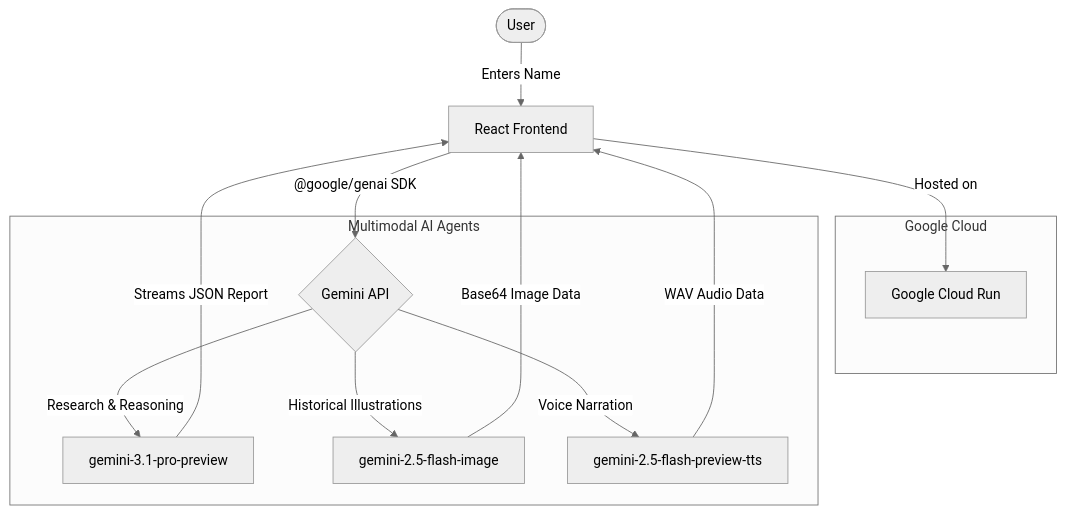
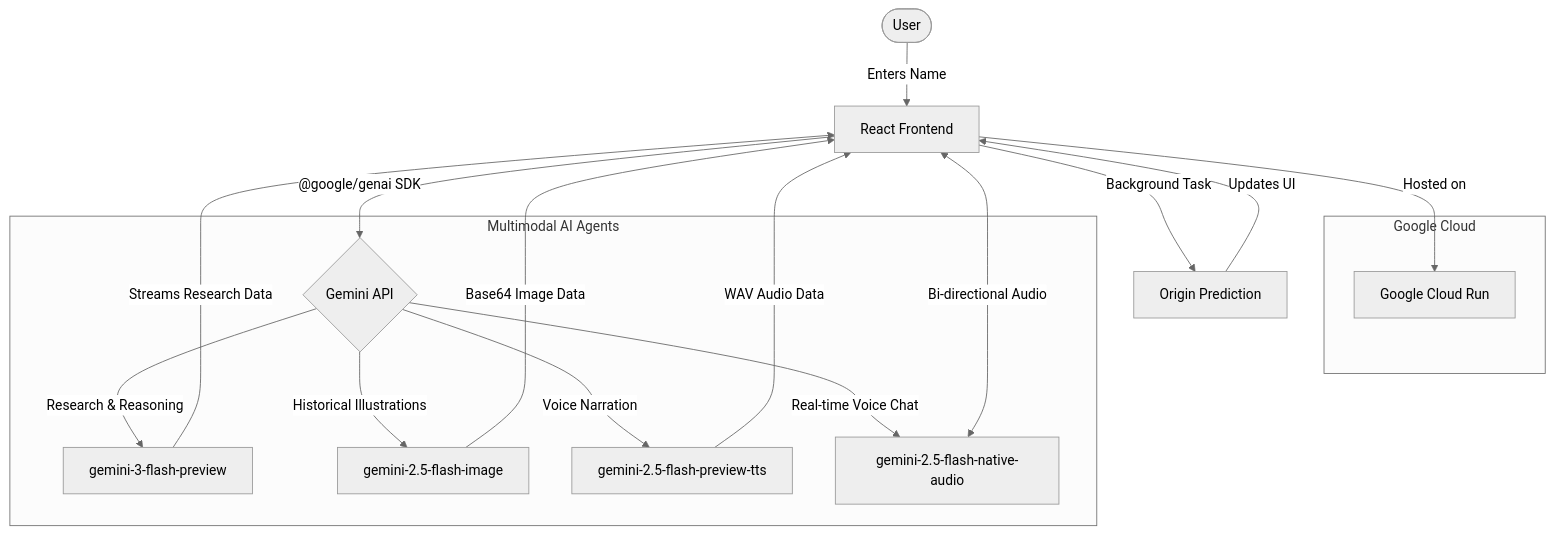
Before and after one commit to mwasthetic-sys/Onomastica-Research-Lab: the diagram in README.md, drawn with Mermaid (neutral theme). The commit also changed other lines of this file and 2 other files, not shown here.

Commit message:
feat: Update AI models and add deployment config
Refactors README to reflect updated Gemini model versions and introduces Cloud Build configuration for Docker image creation and deployment to Cloud Run.

````diff
--- a/README.md
+++ b/README.md
@@ -25,21 +26,26 @@
 ```mermaid
 graph TD
     User(["User"]) -->|"Enters Name"| UI["React Frontend"]
     UI -->|"Hosted on"| GCR["Google Cloud Run"]
     
     subgraph GC ["Google Cloud"]
         GCR
     end
     
     UI -->|"@google/genai SDK"| API{"Gemini API"}
     
     subgraph Agents ["Multimodal AI Agents"]
-        API -->|"Research & Reasoning"| Pro["gemini-3.1-pro-preview"]
+        API -->|"Research & Reasoning"| Pro["gemini-3-flash-preview"]
         API -->|"Historical Illustrations"| Img["gemini-2.5-flash-image"]
         API -->|"Voice Narration"| TTS["gemini-2.5-flash-preview-tts"]
+        API -->|"Real-time Voice Chat"| Live["gemini-2.5-flash-native-audio"]
     end
     
-    Pro -->|"Streams JSON Report"| UI
+    Pro -->|"Streams Research Data"| UI
     Img -->|"Base64 Image Data"| UI
     TTS -->|"WAV Audio Data"| UI
+    Live <-->|"Bi-directional Audio"| UI
+    
+    UI -->|"Background Task"| Origin["Origin Prediction"]
+    Origin -->|"Updates UI"| UI
 ```
````
